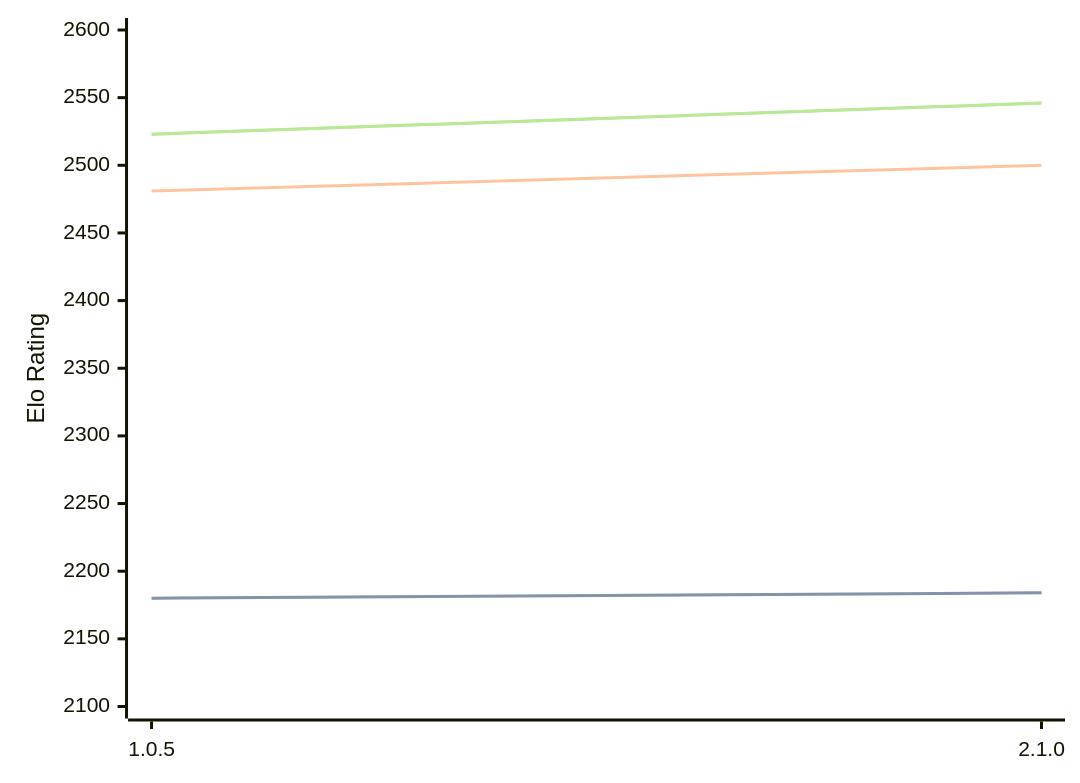
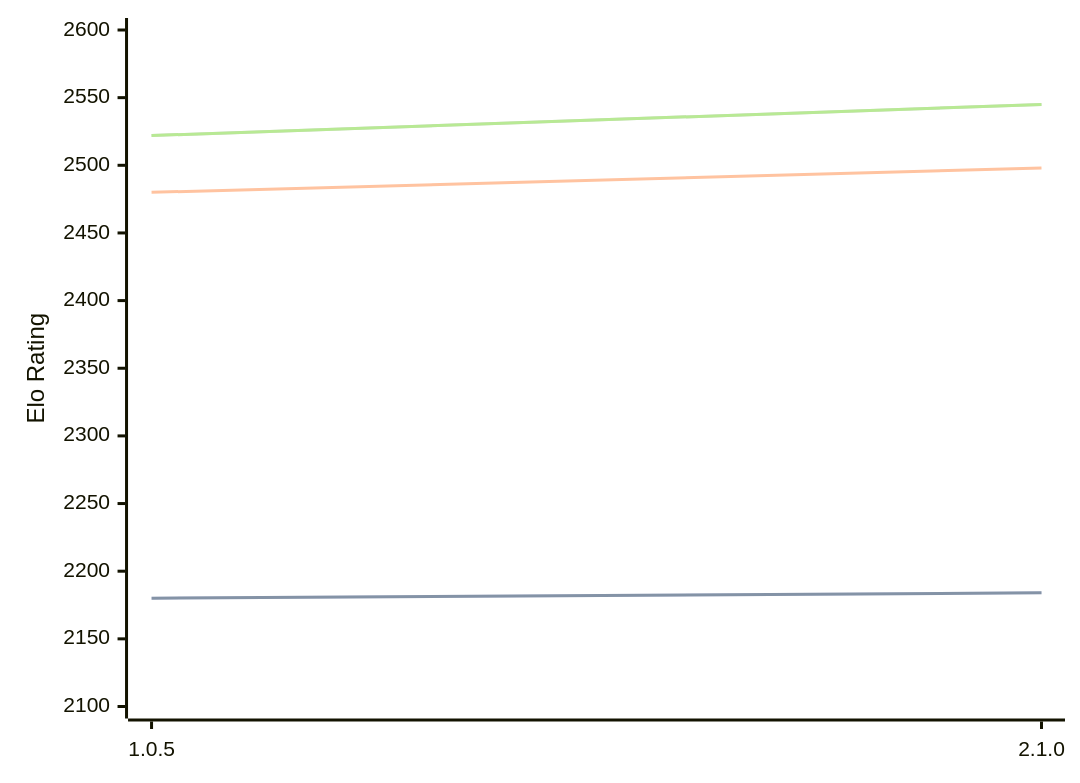
The diagram in engines/Ruffian.md (computer-chess-index/cci), drawn with Mermaid before and after one commit. The commit also changed other lines of this file, not shown here.

Commit message:
Update CCI Ratings (ELO VLTC) - 2026-04-26

````diff
--- a/engines/Ruffian.md
+++ b/engines/Ruffian.md
@@ -32,11 +32,11 @@
 ```mermaid
 %%{init: {"theme":"base","themeVariables":{"seriesColors:['#a3a3a3','#222221','#faa371']}}}%%
 xychart-beta
   x-axis ["1.0.5", "2.1.0"]
   y-axis "Elo Rating" 2100 --> 2600
   line "STC (8.0+0.08s)" [2180, 2184]
   line "STC (8.0+0.08s)" [2180, 2184]
-  line "LTC (60.0+0.60s)" [2481, 2500]
-  line "VLTC (2m24s+1.12s)" [2523, 2546]
-  line "VLTC (2m24s+1.12s)" [2523, 2546]
+  line "LTC (60.0+0.60s)" [2480, 2498]
+  line "VLTC (2m24s+1.12s)" [2522, 2545]
+  line "VLTC (2m24s+1.12s)" [2522, 2545]
 ```
````
